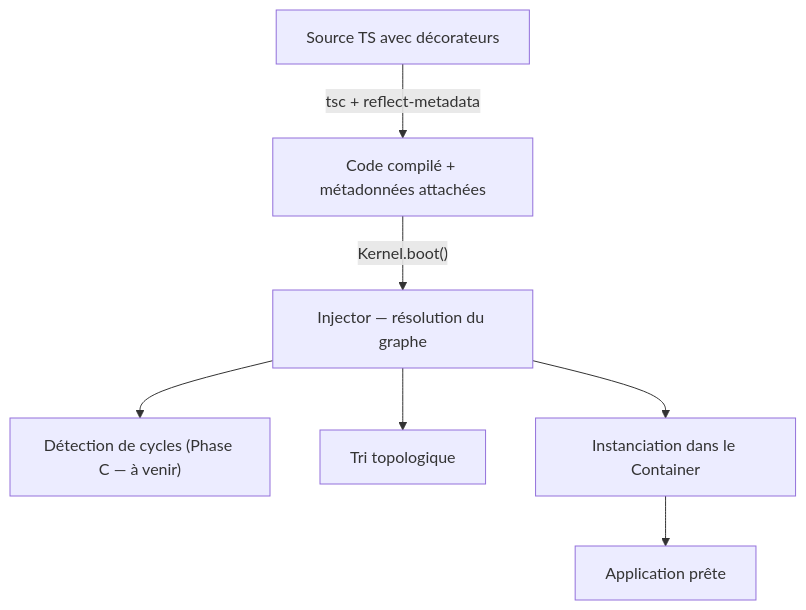
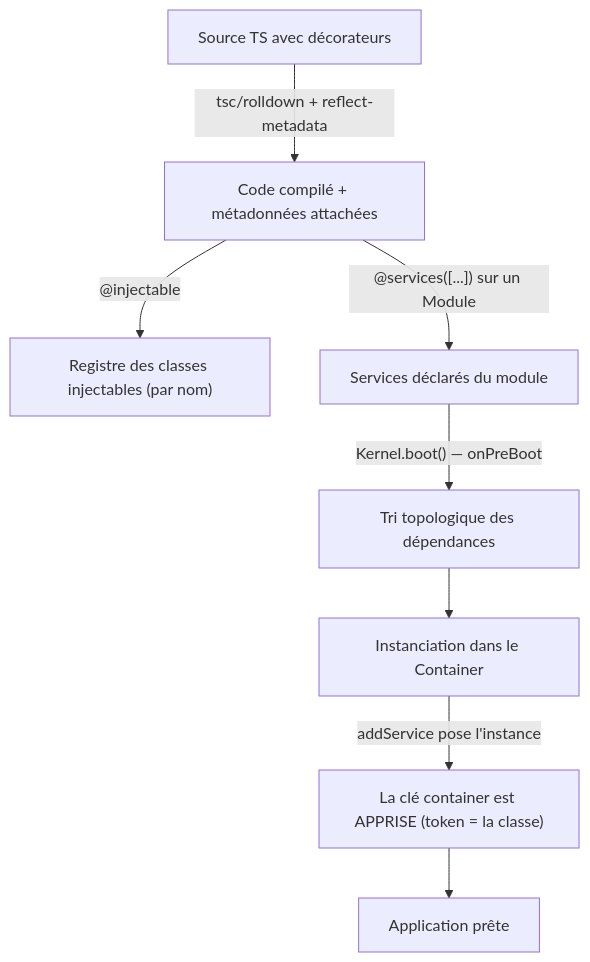
The diagram in src/nodefony/docs/injection.md (nodefony/nodefony-core), drawn with Mermaid before and after one commit. The commit also changed other lines of this file and 4 other files, not shown here.

First line of the commit message:
docs(di): injection.md/kernel.md décrivaient un DI mort — réalignés sur le code

````diff
--- a/src/nodefony/docs/injection.md
+++ b/src/nodefony/docs/injection.md
@@ -16,9 +16,10 @@
 ```mermaid
 flowchart TD
-  src["Source TS avec décorateurs"] -->|"tsc + reflect-metadata"| compiled["Code compilé + métadonnées attachées"]
-  compiled -->|"Kernel.boot()"| injector["Injector — résolution du graphe"]
-  injector --> cycles["Détection de cycles (Phase C — à venir)"]
-  injector --> topo["Tri topologique"]
-  injector --> inst["Instanciation dans le Container"]
-  inst --> app["Application prête"]
+  src["Source TS avec décorateurs"] -->|"tsc/rolldown + reflect-metadata"| compiled["Code compilé + métadonnées attachées"]
+  compiled -->|"@injectable"| reg["Registre des classes injectables (par nom)"]
+  compiled -->|"@services([...]) sur un Module"| decl["Services déclarés du module"]
+  decl -->|"Kernel.boot() — onPreBoot"| topo["Tri topologique des dépendances"]
+  topo --> inst["Instanciation dans le Container"]
+  inst -->|"addService pose l'instance"| learn["La clé container est APPRISE (token = la classe)"]
+  learn --> app["Application prête"]
 ```
````
